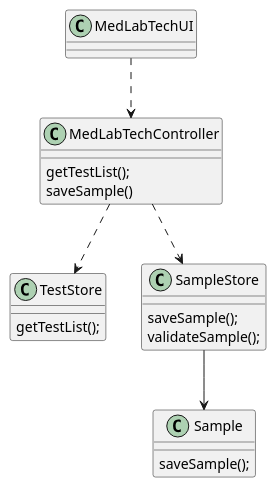
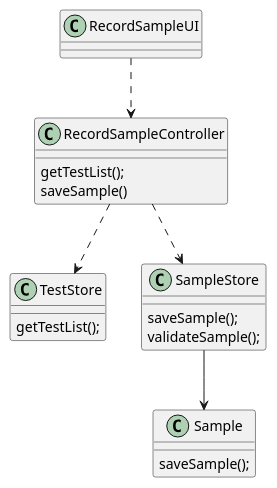
One commit to MarianaCLages/LAPR2 changed the diagram in docs/SprintC/US05/US5_CD.puml. Above: the diagram before and after it, drawn with PlantUML. The commit also changed 4 other files, not shown here.

```diff
--- a/docs/SprintC/US05/US5_CD.puml
+++ b/docs/SprintC/US05/US5_CD.puml
@@ -1,29 +1,29 @@
 @startuml
 
-class MedLabTechUI{
+class RecordSampleUI{
 }
 
-class MedLabTechController{
+class RecordSampleController{
 getTestList();
 saveSample()
 }
 
 class TestStore{
 getTestList();
 }
 
 class SampleStore{
 saveSample();
 validateSample();
 }
 
 class Sample{
 saveSample();
 }
 
-MedLabTechUI ..> MedLabTechController
-MedLabTechController ..> TestStore
-MedLabTechController ..> SampleStore
+RecordSampleUI ..> RecordSampleController
+RecordSampleController ..> TestStore
+RecordSampleController ..> SampleStore
 SampleStore --> Sample
 
 @enduml
```
